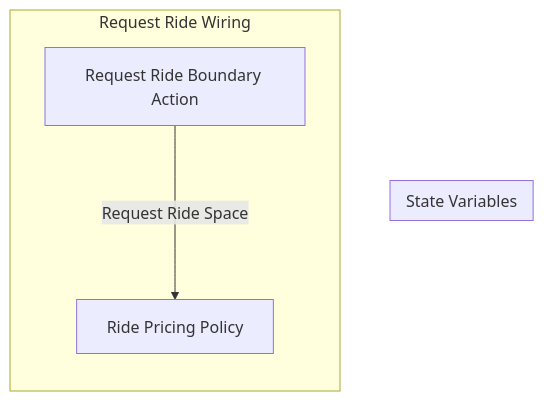
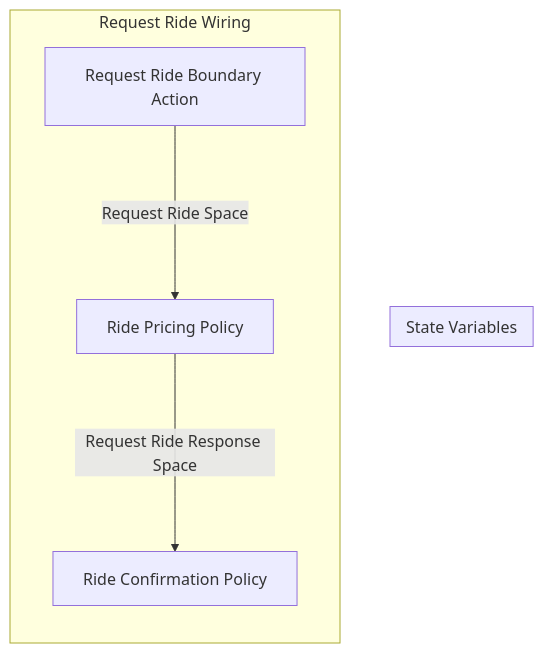
One commit to BlockScience/rideshare-model changed the third of 3 diagrams in reports/markdown/Displays/Wiring/Boundary Action Wirings.md. Above: the diagram before and after it, drawn with Mermaid. The commit also changed other lines of this file and 9 other files, not shown here.

````diff
--- a/reports/markdown/Displays/Wiring/Boundary Action Wirings.md
+++ b/reports/markdown/Displays/Wiring/Boundary Action Wirings.md
@@ -43,13 +43,15 @@
 ```mermaid
 graph TB
 
 subgraph SVS["State Variables"]
 end
 
-subgraph X3["Request Ride Wiring"]
+subgraph X4["Request Ride Wiring"]
 direction TB
 X1["Request Ride Boundary Action"]
 X2["Ride Pricing Policy"]
+X3["Ride Confirmation Policy"]
 X1--"Request Ride Space"--->X2
+X2--"Request Ride Response Space"--->X3
 end
 ```
````
